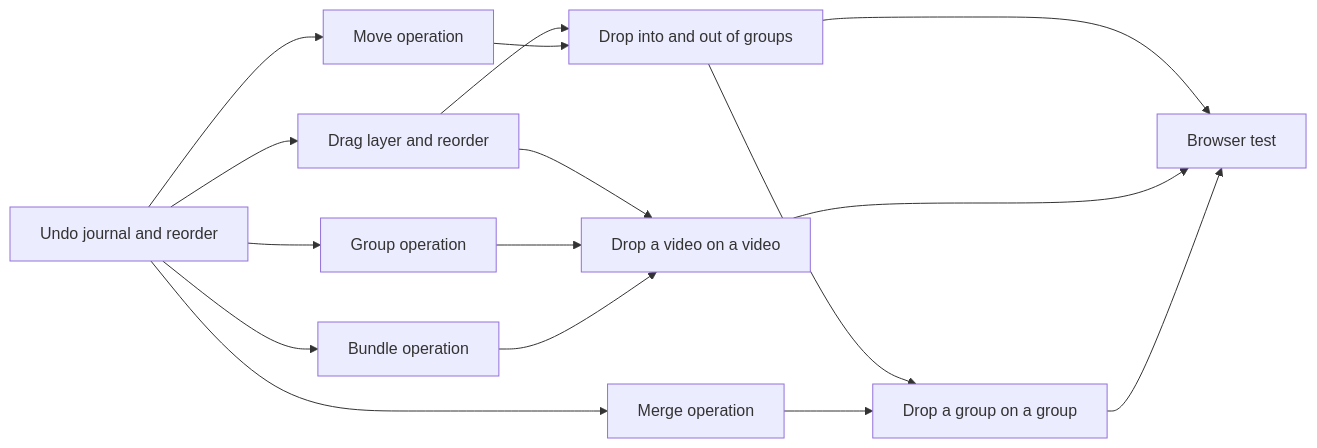
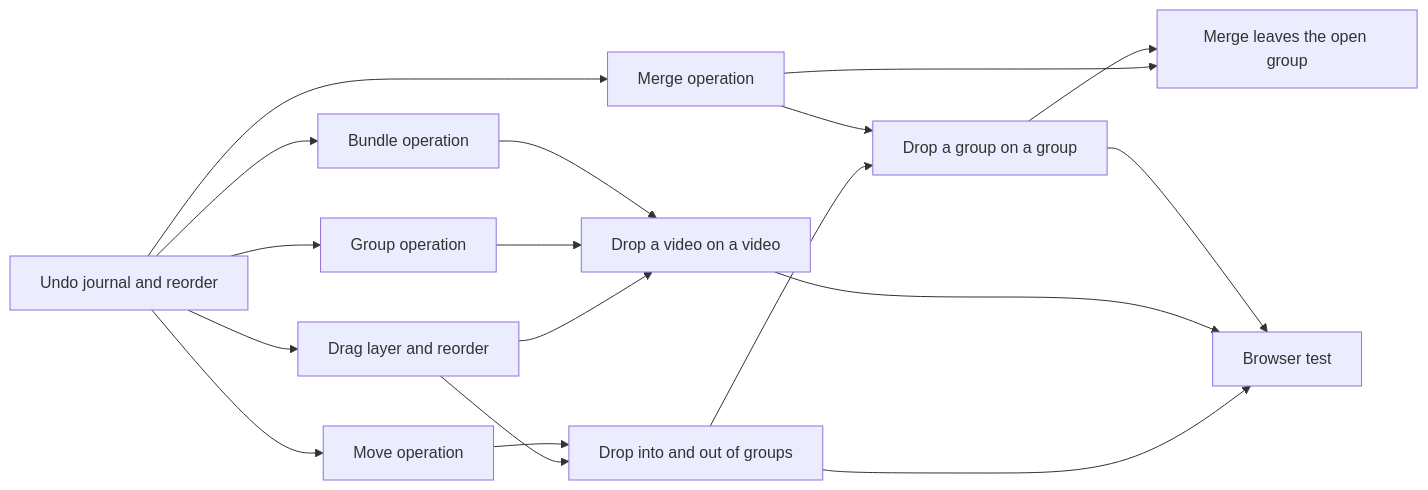
Before and after one commit to syudead/vv: the second of 2 diagrams in specs/050-drag-organize/plan.md, drawn with Mermaid. The commit also changed other lines of this file and 2 other files, not shown here.

First line of the commit message:
plan(050): let a merge take the dragged cards out of the open group with `from`

````diff
--- a/specs/050-drag-organize/plan.md
+++ b/specs/050-drag-organize/plan.md
@@ -134,18 +147,20 @@
 ```mermaid
 flowchart LR
   undo[Undo journal and reorder] --> move[Move operation]
   undo --> grp[Group operation]
   undo --> merge[Merge operation]
   undo --> bundle[Bundle operation]
   undo --> layer[Drag layer and reorder]
   layer --> into[Drop into and out of groups]
   move --> into
   layer --> vv[Drop a video on a video]
   grp --> vv
   bundle --> vv
   into --> gg[Drop a group on a group]
   merge --> gg
+  merge --> mf[Merge leaves the open group]
+  gg --> mf
   into --> e2e[Browser test]
   vv --> e2e
   gg --> e2e
 ```
````
